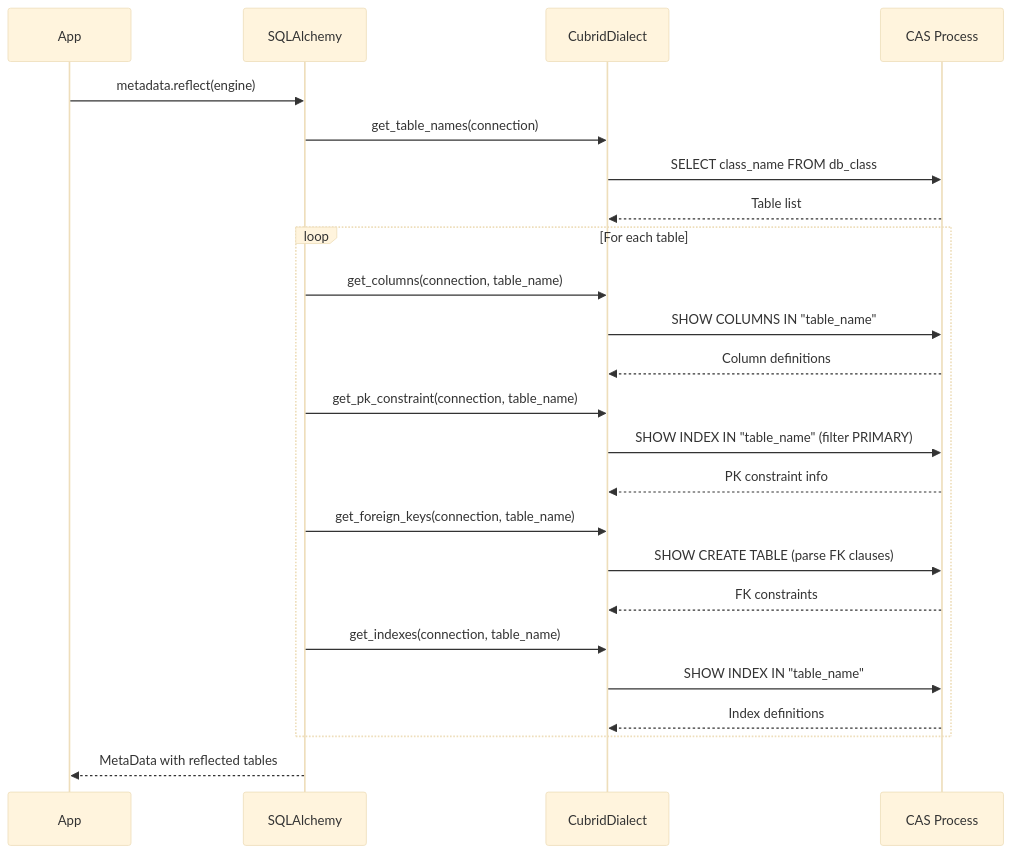
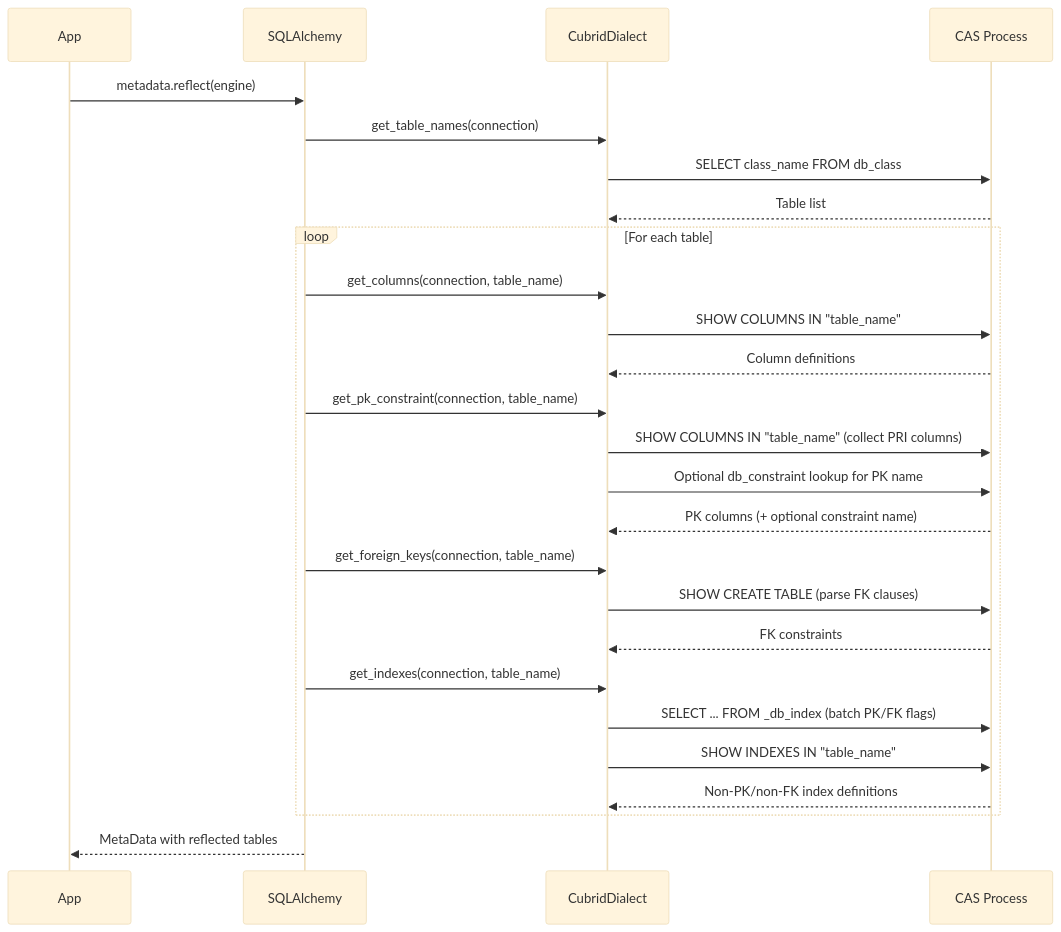
The third of 6 diagrams in docs/ARCHITECTURE.md (sqlalchemy-cubrid/sqlalchemy-cubrid), drawn with Mermaid (base theme) before and after one commit. The commit also changed 4 other files, not shown here.

````diff
--- a/docs/ARCHITECTURE.md
+++ b/docs/ARCHITECTURE.md
@@ -86,32 +86,34 @@
 ```mermaid
 sequenceDiagram
     participant App
     participant SA as SQLAlchemy
     participant Dialect as CubridDialect
     participant CAS as CAS Process
     
     App->>SA: metadata.reflect(engine)
     SA->>Dialect: get_table_names(connection)
     Dialect->>CAS: SELECT class_name FROM db_class
     CAS-->>Dialect: Table list
     
     loop For each table
       SA->>Dialect: get_columns(connection, table_name)
       Dialect->>CAS: SHOW COLUMNS IN "table_name"
       CAS-->>Dialect: Column definitions
       
       SA->>Dialect: get_pk_constraint(connection, table_name)
-      Dialect->>CAS: SHOW INDEX IN "table_name" (filter PRIMARY)
-      CAS-->>Dialect: PK constraint info
+      Dialect->>CAS: SHOW COLUMNS IN "table_name" (collect PRI columns)
+      Dialect->>CAS: Optional db_constraint lookup for PK name
+      CAS-->>Dialect: PK columns (+ optional constraint name)
       
       SA->>Dialect: get_foreign_keys(connection, table_name)
       Dialect->>CAS: SHOW CREATE TABLE (parse FK clauses)
       CAS-->>Dialect: FK constraints
       
       SA->>Dialect: get_indexes(connection, table_name)
-      Dialect->>CAS: SHOW INDEX IN "table_name"
-      CAS-->>Dialect: Index definitions
+      Dialect->>CAS: SELECT ... FROM _db_index (batch PK/FK flags)
+      Dialect->>CAS: SHOW INDEXES IN "table_name"
+      CAS-->>Dialect: Non-PK/non-FK index definitions
     end
     
     SA-->>App: MetaData with reflected tables
 ```
````
